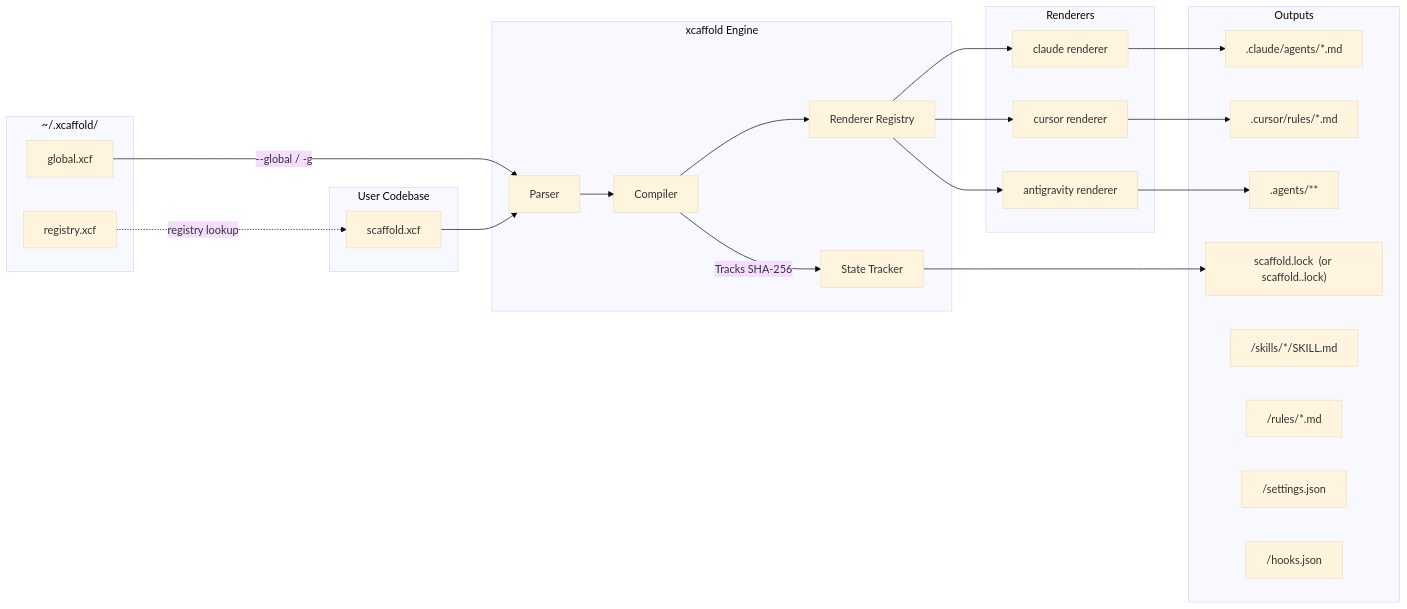
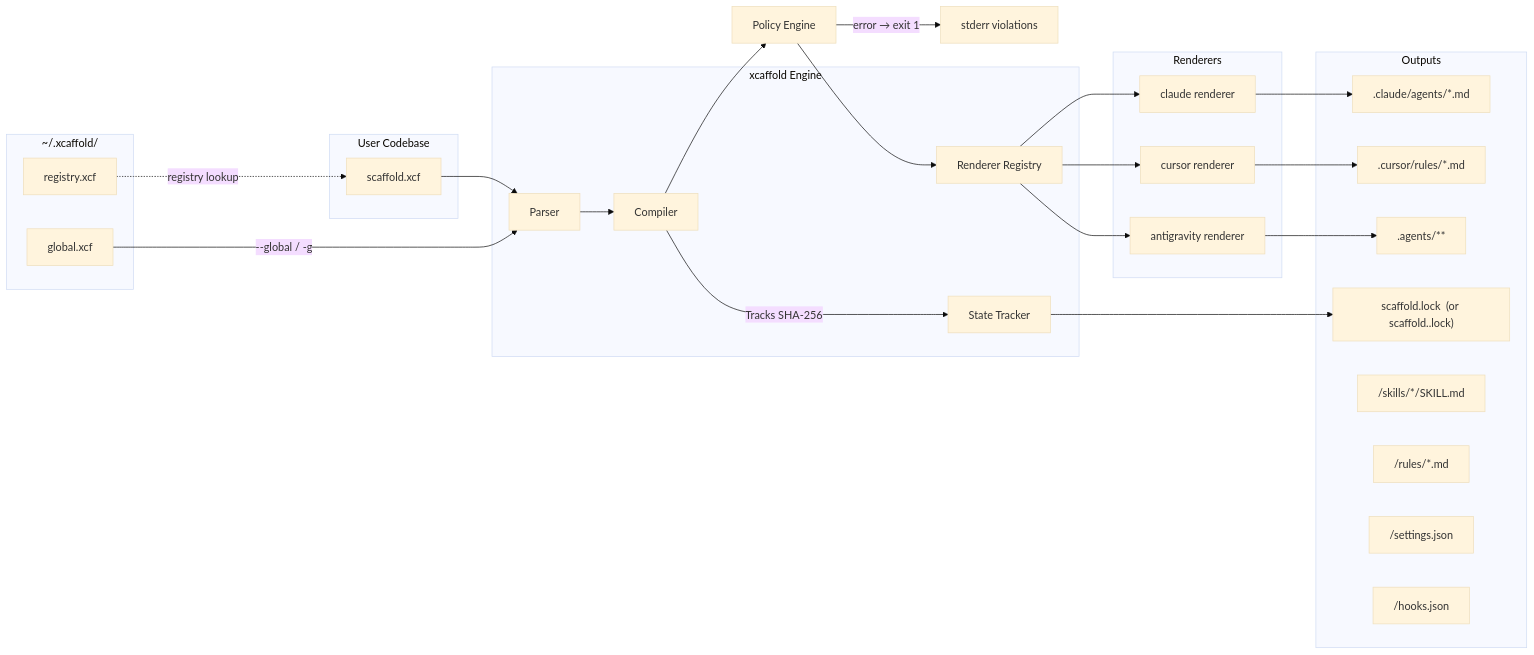
The diagram in docs/concepts/architecture.md (saero-ai/xcaffold), drawn with Mermaid (base theme) before and after one commit. The commit also changed other lines of this file and 3 other files, not shown here.

````diff
--- a/docs/concepts/architecture.md
+++ b/docs/concepts/architecture.md
@@ -14,46 +14,48 @@
 ```mermaid
 graph LR
   subgraph Global Home ["~/.xcaffold/"]
     R[registry.xcf]
     GC[global.xcf]
   end
 
   subgraph User Codebase
     A[scaffold.xcf]
   end
 
   subgraph xcaffold Engine
     B[Parser]
     C[Compiler]
     D[State Tracker]
     RG[Renderer Registry]
   end
 
   subgraph Renderers
     RC[claude renderer]
     RCU[cursor renderer]
     RA[antigravity renderer]
   end
 
   subgraph Outputs
     E1[".claude/agents/*.md"]
     E2[".cursor/rules/*.md"]
     E3[".agents/**"]
     F["scaffold.lock  (or scaffold.<target>.lock)"]
     G["<target>/skills/*/SKILL.md"]
     H["<target>/rules/*.md"]
     I["<target>/settings.json"]
     J["<target>/hooks.json"]
   end
 
   R -..->|registry lookup| A
   GC -->|"--global / -g"| B
   A --> B
   B --> C
-  C --> RG
+  C --> PE[Policy Engine]
+  PE --> RG
+  PE -->|"error → exit 1"| FAIL["stderr violations"]
   RG --> RC --> E1
   RG --> RCU --> E2
   RG --> RA --> E3
   C -->|Tracks SHA-256| D
   D --> F
 ```
````
